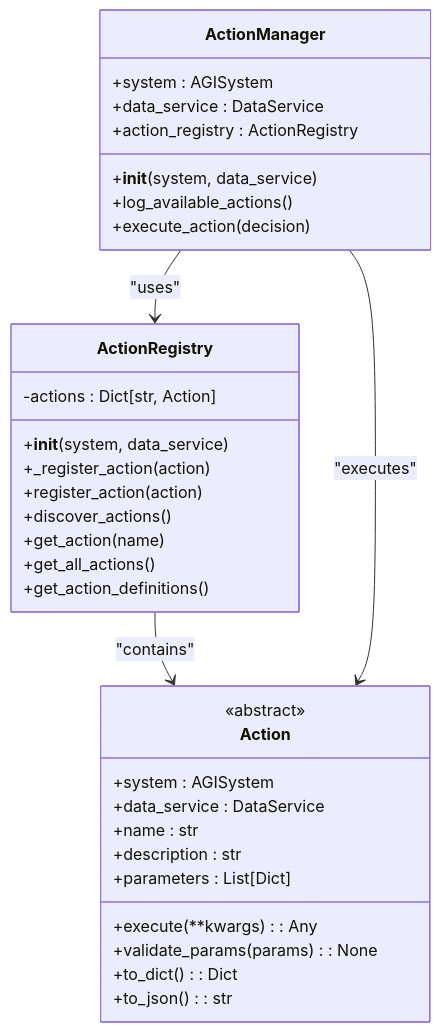
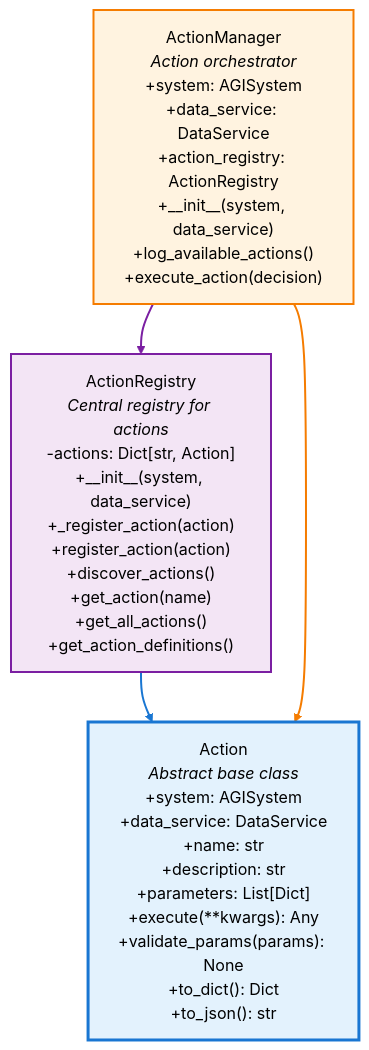
One commit to Likhithsai2580/RAVANA-WIKI changed the first of 7 diagrams in docs/API Reference/Action System API.md. Above: the diagram before and after it, drawn with Mermaid. The commit also changed other lines of this file and 15 other files, not shown here.

Commit message:
fix mermaid diagrams

````diff
--- a/docs/API Reference/Action System API.md
+++ b/docs/API Reference/Action System API.md
@@ -32,36 +32,22 @@
 ```mermaid
-classDiagram
-class Action {
-<<abstract>>
-+system : AGISystem
-+data_service : DataService
-+name : str
-+description : str
-+parameters : List[Dict]
-+execute(**kwargs) : Any
-+validate_params(params) : None
-+to_dict() : Dict
-+to_json() : str
-}
-class ActionRegistry {
--actions : Dict[str, Action]
-+__init__(system, data_service)
-+_register_action(action)
-+register_action(action)
-+discover_actions()
-+get_action(name)
-+get_all_actions()
-+get_action_definitions()
-}
-class ActionManager {
-+system : AGISystem
-+data_service : DataService
-+action_registry : ActionRegistry
-+__init__(system, data_service)
-+log_available_actions()
-+execute_action(decision)
-}
-ActionManager --> ActionRegistry : "uses"
-ActionRegistry --> Action : "contains"
-ActionManager --> Action : "executes"
+flowchart TD
+    Action["Action<br/><i>Abstract base class</i><br/>+system: AGISystem<br/>+data_service: DataService<br/>+name: str<br/>+description: str<br/>+parameters: List[Dict]<br/>+execute(**kwargs): Any<br/>+validate_params(params): None<br/>+to_dict(): Dict<br/>+to_json(): str"]
+    
+    ActionRegistry["ActionRegistry<br/><i>Central registry for actions</i><br/>-actions: Dict[str, Action]<br/>+__init__(system, data_service)<br/>+_register_action(action)<br/>+register_action(action)<br/>+discover_actions()<br/>+get_action(name)<br/>+get_all_actions()<br/>+get_action_definitions()"]
+    
+    ActionManager["ActionManager<br/><i>Action orchestrator</i><br/>+system: AGISystem<br/>+data_service: DataService<br/>+action_registry: ActionRegistry<br/>+__init__(system, data_service)<br/>+log_available_actions()<br/>+execute_action(decision)"]
+    
+    ActionManager --> ActionRegistry
+    ActionRegistry --> Action
+    ActionManager --> Action
+    
+    %% Styling
+    style Action fill:#e3f2fd,stroke:#1976d2,stroke-width:3px,color:#000
+    style ActionRegistry fill:#f3e5f5,stroke:#7b1fa2,stroke-width:2px,color:#000
+    style ActionManager fill:#fff3e0,stroke:#f57c00,stroke-width:2px,color:#000
+    
+    %% Link styling
+    linkStyle 0 stroke:#7b1fa2,stroke-width:2px
+    linkStyle 1 stroke:#1976d2,stroke-width:2px
+    linkStyle 2 stroke:#f57c00,stroke-width:2px
 ```
````
